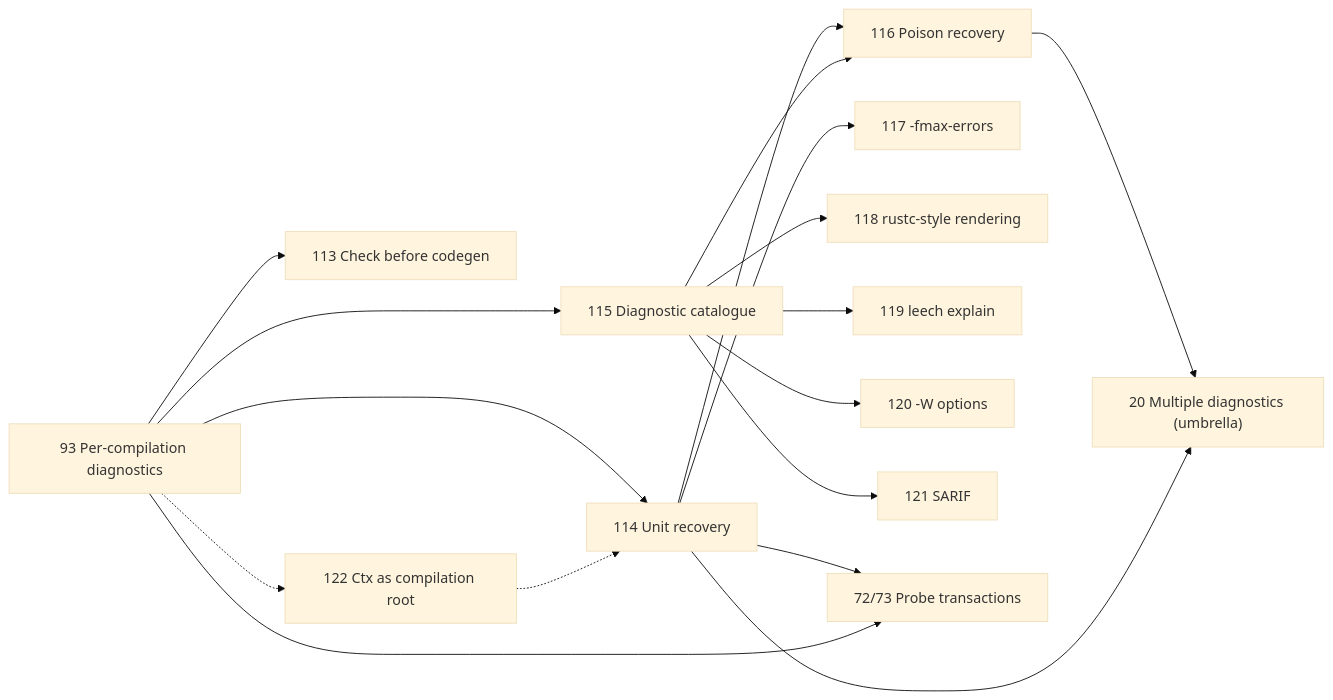
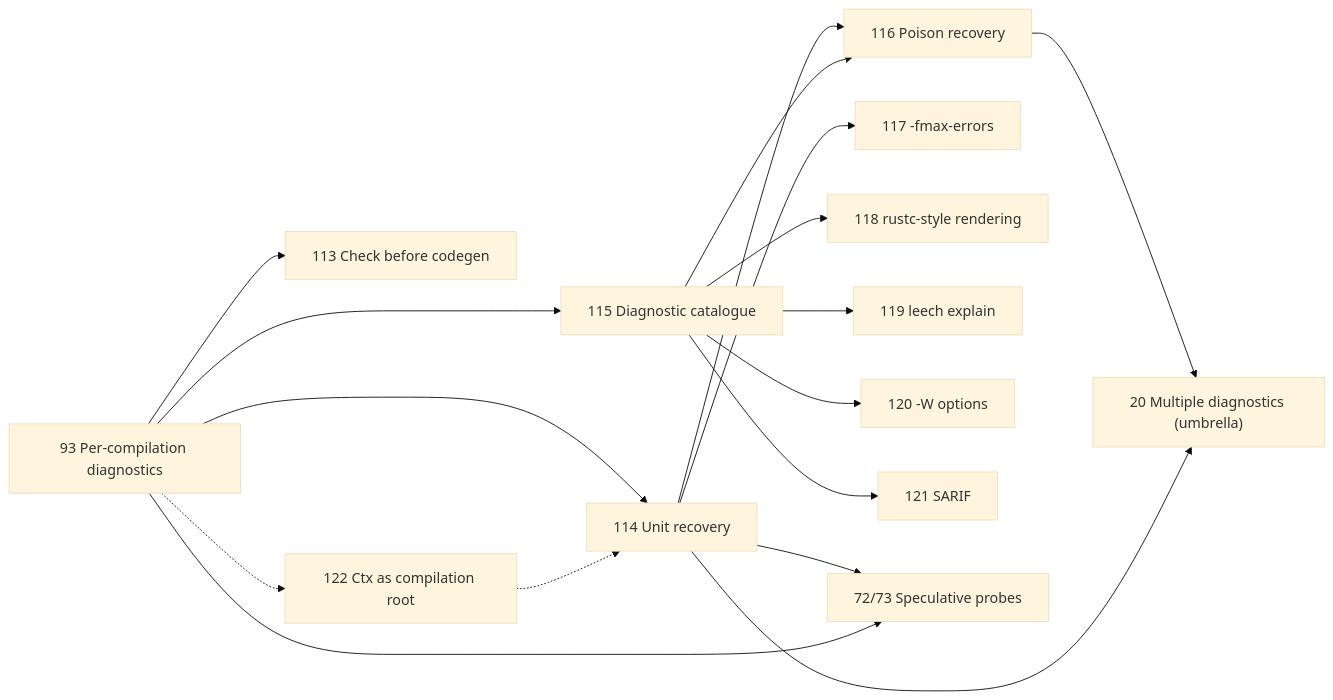
One commit to jonathanhaigh/leech changed the diagram in docs/specs/2026-10-05-diagnostics-design.md. Above: the diagram before and after it, drawn with Mermaid (base theme). The commit also changed other lines of this file and 11 other files, not shown here.

First line of the commit message:
Report nothing from speculative probes

````diff
--- a/docs/specs/2026-10-05-diagnostics-design.md
+++ b/docs/specs/2026-10-05-diagnostics-design.md
@@ -1047,19 +1103,19 @@
 ```mermaid
 flowchart LR
   93["93 Per-compilation diagnostics"] --> 114["114 Unit recovery"]
   93 --> 115["115 Diagnostic catalogue"]
   93 -.-> 122["122 Ctx as compilation root"]
   122 -.-> 114
-  114 --> P["72/73 Probe transactions"]
+  114 --> P["72/73 Speculative probes"]
   93 --> P
   93 --> 113["113 Check before codegen"]
   114 --> 116["116 Poison recovery"]
   115 --> 116
   116 --> 20["20 Multiple diagnostics (umbrella)"]
   114 --> 20
   114 --> 117["117 -fmax-errors"]
   115 --> 118["118 rustc-style rendering"]
   115 --> 119["119 leech explain"]
   115 --> 120["120 -W options"]
   115 --> 121["121 SARIF"]
 ```
````
